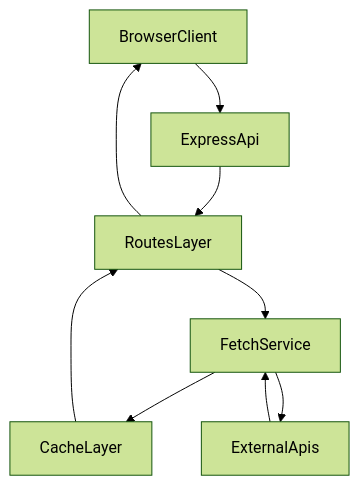
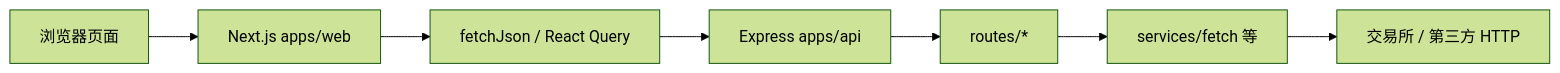
One commit to StarKnowIt/ContractTradingTool changed the first of 2 diagrams in README.md. Above: the diagram before and after it, drawn with Mermaid (forest theme). The commit also changed other lines of this file and 52 other files, not shown here.

First line of the commit message:
chore(api): update dependencies and enhance fetch service

````diff
--- a/README.md
+++ b/README.md
@@ -153,11 +152,9 @@
 ```mermaid
-flowchart TD
-browserClient[BrowserClient] --> expressApi[ExpressApi]
-expressApi --> routesLayer[RoutesLayer]
-routesLayer --> fetchService[FetchService]
-fetchService --> cacheLayer[CacheLayer]
-fetchService --> externalApis[ExternalApis]
-externalApis --> fetchService
-cacheLayer --> routesLayer
-routesLayer --> browserClient
+flowchart LR
+  Browser[浏览器页面] --> NextWeb[Next.js apps/web]
+  NextWeb --> ApiClient[fetchJson / React Query]
+  ApiClient --> Express[Express apps/api]
+  Express --> Routes[routes/*]
+  Routes --> FetchSvc[services/fetch 等]
+  FetchSvc --> Upstream[交易所 / 第三方 HTTP]
 ```
````
